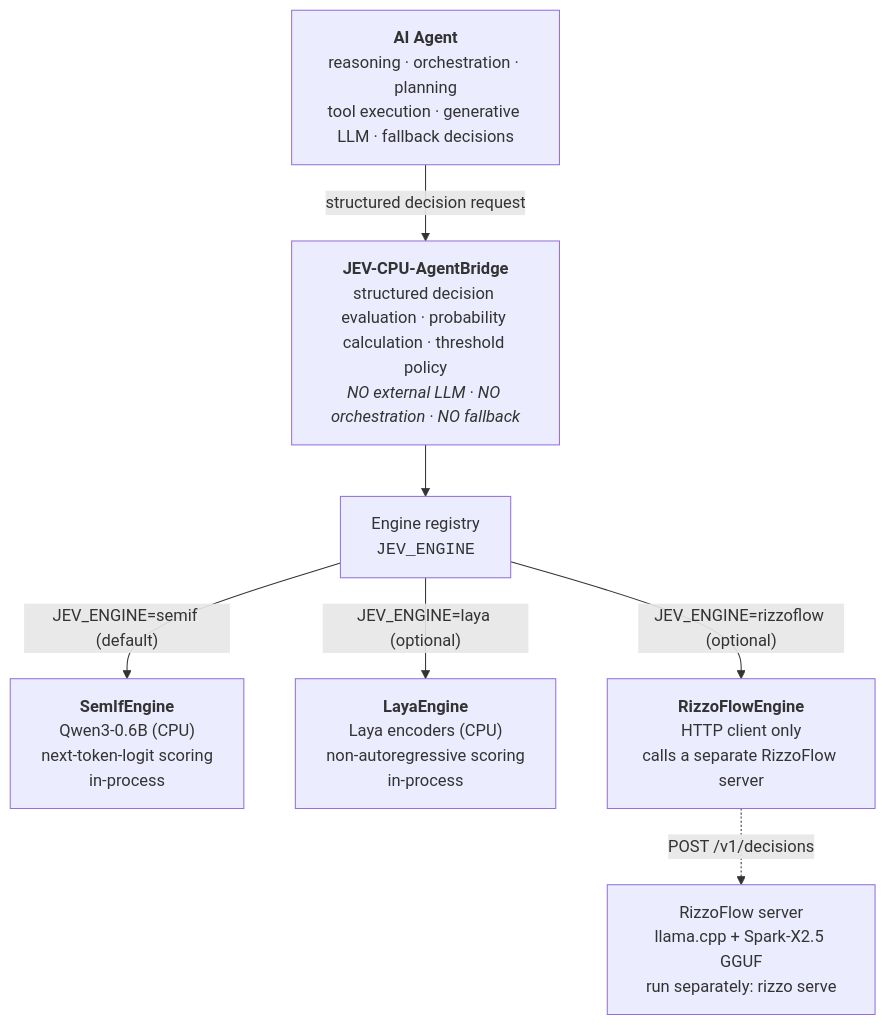
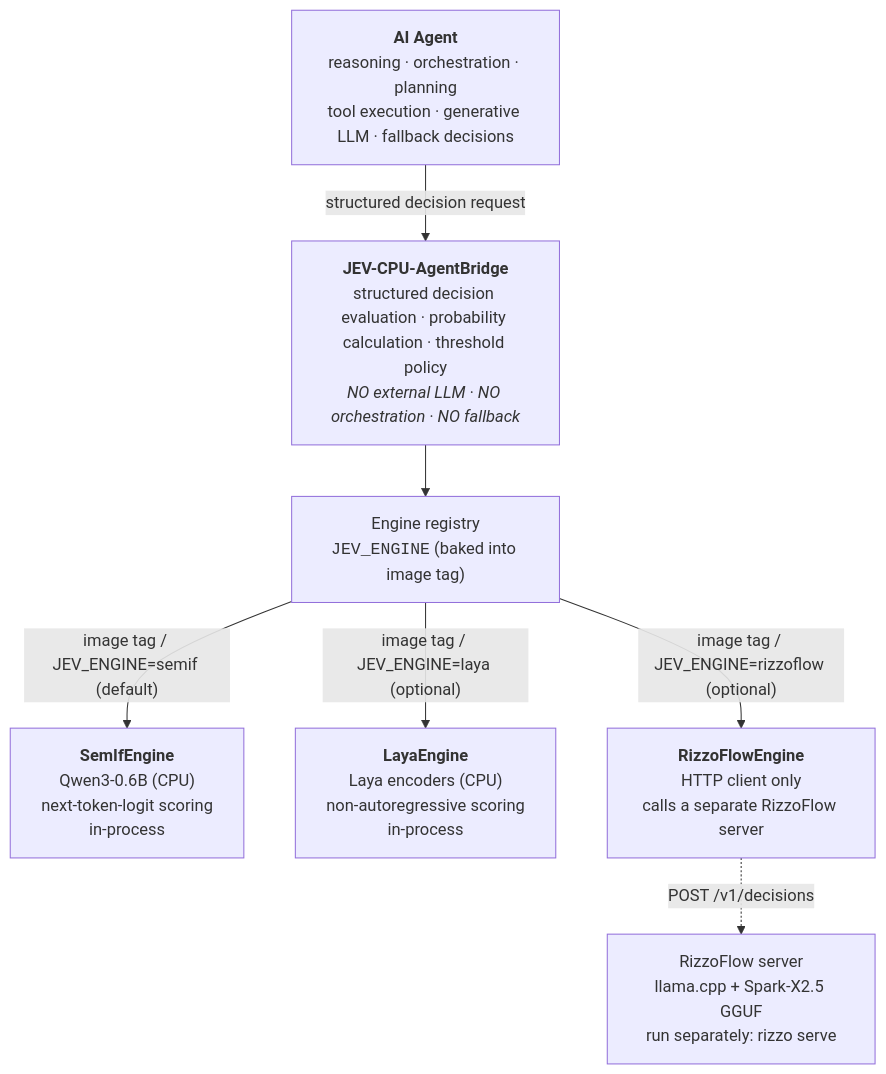
Before and after one commit to GiskardB/jev-agentbridge: the first of 2 diagrams in docs/architecture.md, drawn with Mermaid. The commit also changed other lines of this file and 10 other files, not shown here.

Commit message:
feat: Docker image tags now bake in engine selection (JEV_ENGINE); update docs; verify Laya e2e with OpenCode integration

````diff
--- a/docs/architecture.md
+++ b/docs/architecture.md
@@ -3,16 +3,16 @@
 ```mermaid
 flowchart TB
     Agent["<b>AI Agent</b><br/>reasoning · orchestration · planning<br/>tool execution · generative LLM · fallback decisions"]
     Bridge["<b>JEV-CPU-AgentBridge</b><br/>structured decision evaluation · probability calculation · threshold policy<br/><i>NO external LLM · NO orchestration · NO fallback</i>"]
-    Registry["Engine registry<br/><code>JEV_ENGINE</code>"]
+    Registry["Engine registry<br/><code>JEV_ENGINE</code> (baked into image tag)"]
     SemIf["<b>SemIfEngine</b><br/>Qwen3-0.6B (CPU)<br/>next-token-logit scoring<br/>in-process"]
     Laya["<b>LayaEngine</b><br/>Laya encoders (CPU)<br/>non-autoregressive scoring<br/>in-process"]
     Rizzo["<b>RizzoFlowEngine</b><br/>HTTP client only<br/>calls a separate RizzoFlow server"]
 
     Agent -- "structured decision request" --> Bridge
     Bridge --> Registry
-    Registry -- "JEV_ENGINE=semif (default)" --> SemIf
-    Registry -- "JEV_ENGINE=laya (optional)" --> Laya
-    Registry -- "JEV_ENGINE=rizzoflow (optional)" --> Rizzo
+    Registry -- "image tag / JEV_ENGINE=semif (default)" --> SemIf
+    Registry -- "image tag / JEV_ENGINE=laya (optional)" --> Laya
+    Registry -- "image tag / JEV_ENGINE=rizzoflow (optional)" --> Rizzo
     Rizzo -. "POST /v1/decisions" .-> RizzoServer["RizzoFlow server<br/>llama.cpp + Spark-X2.5 GGUF<br/>run separately: rizzo serve"]
 ```
````
